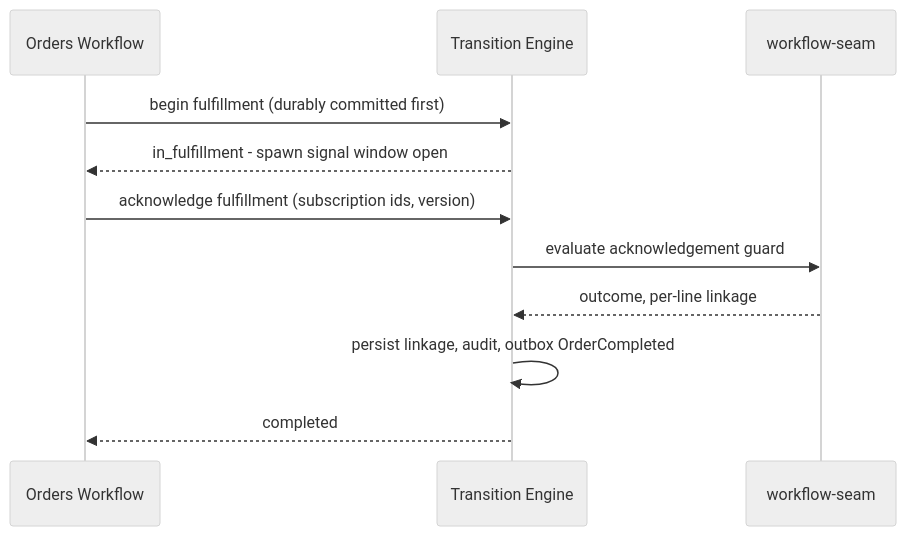
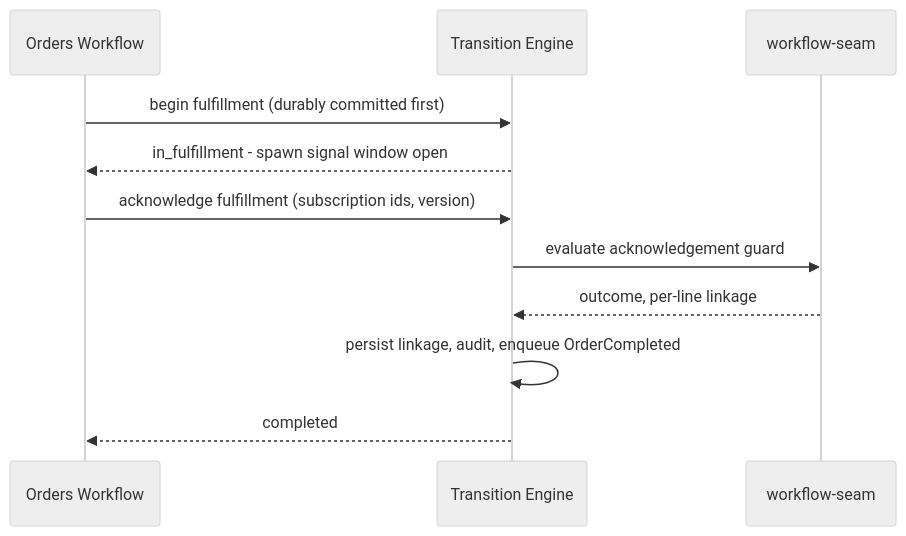
The fourth of 6 diagrams in gears/bss/orders-lifecycle/docs/DESIGN.md (constructorfabric/gears-rust), drawn with Mermaid (neutral theme) before and after one commit. The commit also changed other lines of this file and 33 other files, not shown here.

````diff
--- a/gears/bss/orders-lifecycle/docs/DESIGN.md
+++ b/gears/bss/orders-lifecycle/docs/DESIGN.md
@@ -839,13 +870,13 @@
 ```mermaid
 sequenceDiagram
     participant W as Orders Workflow
     participant E as Transition Engine
     participant S as workflow-seam
     W ->> E: begin fulfillment (durably committed first)
     E -->> W: in_fulfillment - spawn signal window open
     W ->> E: acknowledge fulfillment (subscription ids, version)
     E ->> S: evaluate acknowledgement guard
     S -->> E: outcome, per-line linkage
-    E ->> E: persist linkage, audit, outbox OrderCompleted
+    E ->> E: persist linkage, audit, enqueue OrderCompleted
     E -->> W: completed
 ```
````
